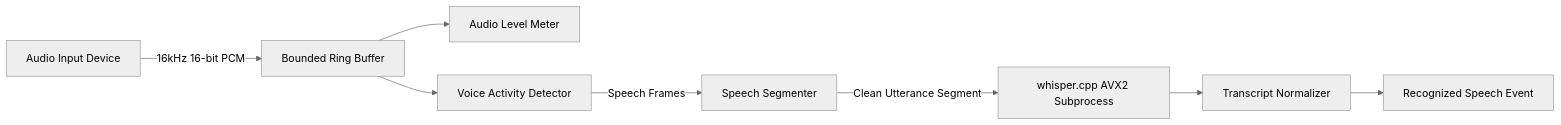
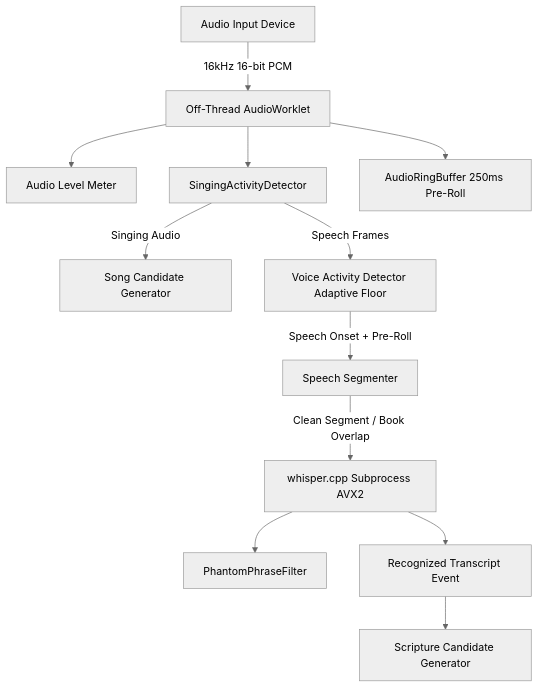
One commit to okikijesutech/pulpit-ai changed the diagram in docs/architecture/AUDIO_PIPELINE.md. Above: the diagram before and after it, drawn with Mermaid (neutral theme). The commit also changed 5 other files, not shown here.

````diff
--- a/docs/architecture/AUDIO_PIPELINE.md
+++ b/docs/architecture/AUDIO_PIPELINE.md
@@ -6,10 +6,14 @@
 ```mermaid
-flowchart LR
-    A[Audio Input Device] -->|16kHz 16-bit PCM| B[Bounded Ring Buffer]
+flowchart TD
+    A[Audio Input Device] -->|16kHz 16-bit PCM| B[Off-Thread AudioWorklet]
     B --> C[Audio Level Meter]
-    B --> D[Voice Activity Detector]
-    D -->|Speech Frames| E[Speech Segmenter]
-    E -->|Clean Utterance Segment| F[whisper.cpp AVX2 Subprocess]
-    F --> G[Transcript Normalizer]
-    G --> H[Recognized Speech Event]
+    B --> D[SingingActivityDetector]
+    B --> E[AudioRingBuffer 250ms Pre-Roll]
+    D -->|Singing Audio| F[Song Candidate Generator]
+    D -->|Speech Frames| G[Voice Activity Detector Adaptive Floor]
+    G -->|Speech Onset + Pre-Roll| H[Speech Segmenter]
+    H -->|Clean Segment / Book Overlap| I[whisper.cpp Subprocess AVX2]
+    I --> J[PhantomPhraseFilter]
+    I --> K[Recognized Transcript Event]
+    K --> L[Scripture Candidate Generator]
 ```
````
